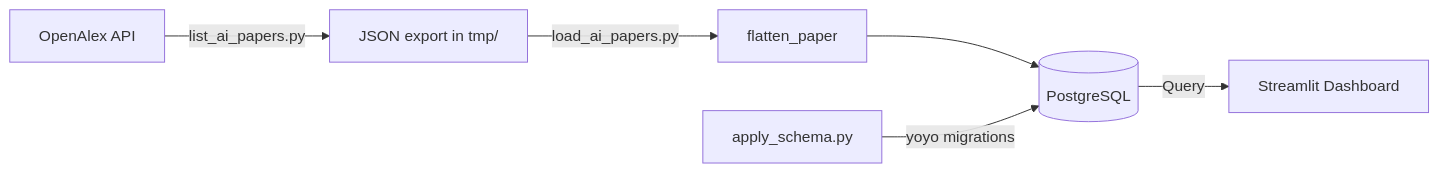
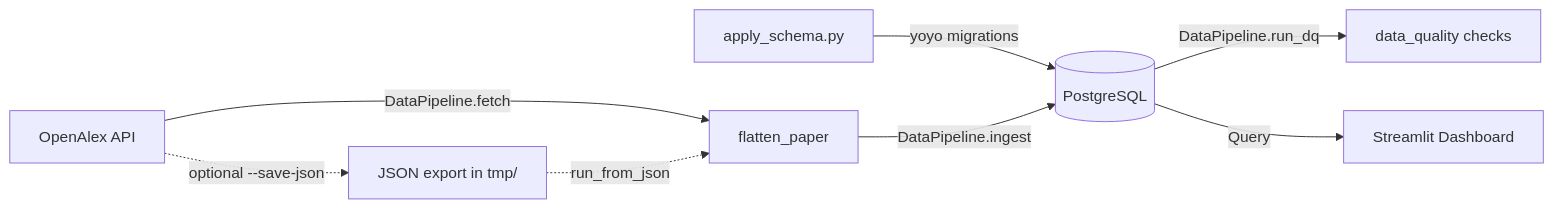
Before and after one commit to vinayNayak/ai-market-data-pipeline: the diagram in README.md, drawn with Mermaid. The commit also changed other lines of this file and 2 other files, not shown here.

````diff
--- a/README.md
+++ b/README.md
@@ -13,8 +14,10 @@
 ```mermaid
 flowchart LR
-    A[OpenAlex API] -->|list_ai_papers.py| B[JSON export in tmp/]
-    B -->|load_ai_papers.py| C[flatten_paper]
-    C --> D[(PostgreSQL)]
-    E[apply_schema.py] -->|yoyo migrations| D
+    A[OpenAlex API] -->|DataPipeline.fetch| B[flatten_paper]
+    E[apply_schema.py] -->|yoyo migrations| D[(PostgreSQL)]
+    B -->|DataPipeline.ingest| D
+    D -->|DataPipeline.run_dq| G[data_quality checks]
+    A -.->|optional --save-json| C[JSON export in tmp/]
+    C -.->|run_from_json| B
     D -->|Query| F[Streamlit Dashboard]
 ```
````
